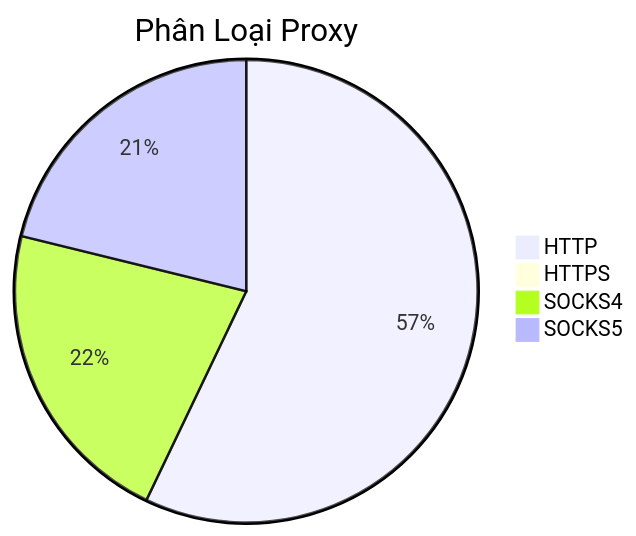
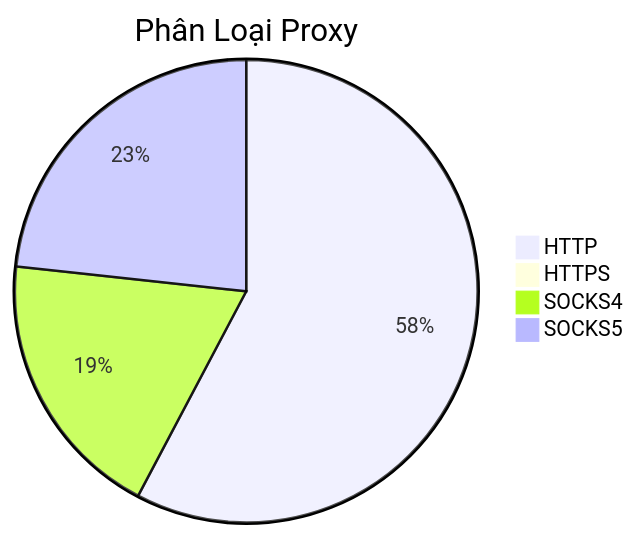
The diagram in README.md (Ciara-12/PROXY-free), drawn with Mermaid before and after one commit. The commit also changed other lines of this file and 4 other files, not shown here.

````diff
--- a/README.md
+++ b/README.md
@@ -26,7 +26,7 @@
 ```mermaid
 pie title Phân Loại Proxy
-    "HTTP" : 1211
-    "HTTPS" : 2
-    "SOCKS4" : 461
-    "SOCKS5" : 449
+    "HTTP" : 1190
+    "HTTPS" : 1
+    "SOCKS4" : 391
+    "SOCKS5" : 480
 ```
````
